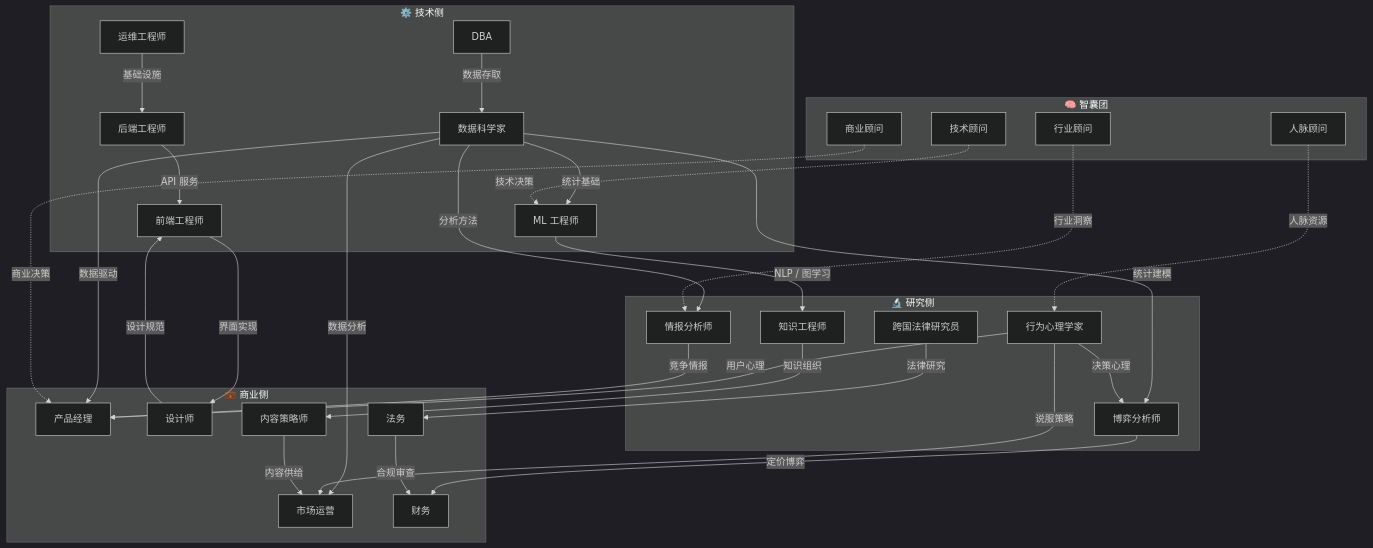
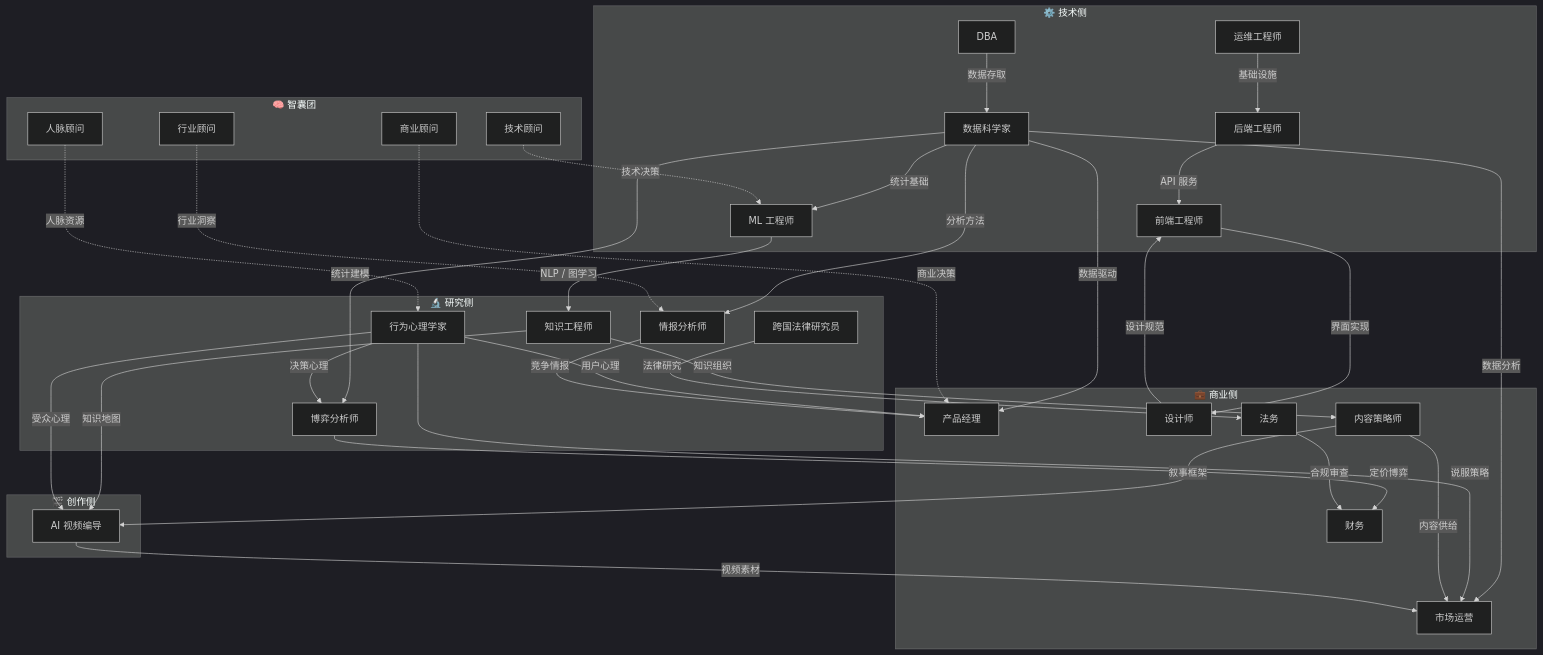
One commit to zhizhunbao/aisd changed the first of 4 diagrams in knowledge-map/README.md. Above: the diagram before and after it, drawn with Mermaid (dark theme). The commit also changed other lines of this file and 14 other files, not shown here.

````diff
--- a/knowledge-map/README.md
+++ b/knowledge-map/README.md
@@ -95,69 +97,79 @@
 ```mermaid
 graph TD
     subgraph ADV["🧠 智囊团"]
         TA["技术顾问"]
         BA["商业顾问"]
         IA["行业顾问"]
         NA["人脉顾问"]
     end
 
     subgraph TECH["⚙️ 技术侧"]
         DBA1["DBA"]
         DS["数据科学家"]
         MLE["ML 工程师"]
         DO["运维工程师"]
         BE["后端工程师"]
         FE["前端工程师"]
     end
 
     subgraph RES["🔬 研究侧"]
         INT["情报分析师"]
         KE["知识工程师"]
         BP["行为心理学家"]
         CLR["跨国法律研究员"]
         GT["博弈分析师"]
     end
 
     subgraph BIZ["💼 商业侧"]
         PM["产品经理"]
         UX["设计师"]
         CS["内容策略师"]
         MK["市场运营"]
         FN["财务"]
         LG["法务"]
     end
 
+    subgraph CRE["🎬 创作侧"]
+        VD["AI 视频编导"]
+    end
+
     %% ── 技术侧内部 ──
     DBA1 -->|数据存取| DS
     DS -->|统计基础| MLE
     DO -->|基础设施| BE
     BE -->|API 服务| FE
 
     %% ── 技术侧 → 研究侧 ──
     DS -->|分析方法| INT
     MLE -->|"NLP / 图学习"| KE
     DS -->|统计建模| GT
 
     %% ── 研究侧内部 ──
     BP -->|决策心理| GT
 
     %% ── 技术 & 研究 → 商业侧 ──
     DS -->|数据驱动| PM
     BP -->|用户心理| PM
     INT -->|竞争情报| PM
     FE -->|界面实现| UX
     UX -->|设计规范| FE
     KE -->|知识组织| CS
     DS -->|数据分析| MK
     BP -->|说服策略| MK
     CS -->|内容供给| MK
     CLR -->|法律研究| LG
     GT -->|定价博弈| FN
     LG -->|合规审查| FN
 
+    %% ── 创作侧 ──
+    KE -->|知识地图| VD
+    CS -->|叙事框架| VD
+    BP -->|受众心理| VD
+    VD -->|视频素材| MK
+
     %% ── 智囊团辐射 ──
     TA -.->|技术决策| MLE
     BA -.->|商业决策| PM
     IA -.->|行业洞察| INT
     NA -.->|人脉资源| BP
 ```
````
